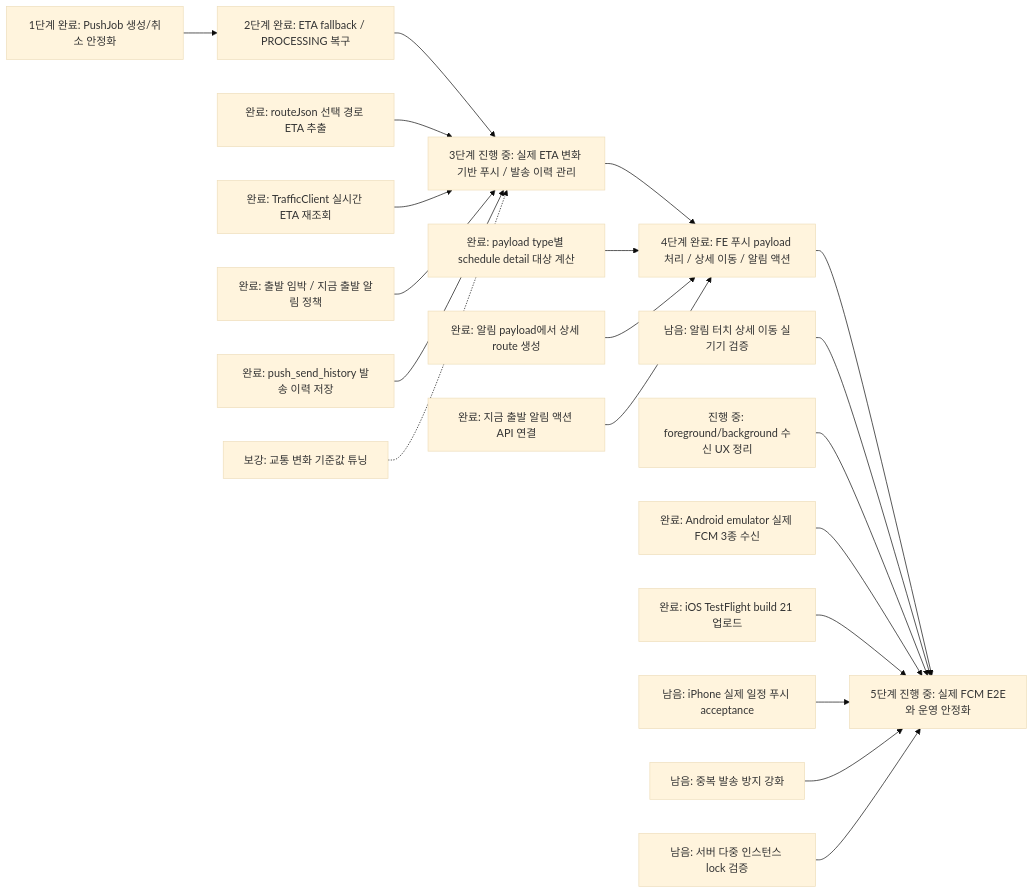
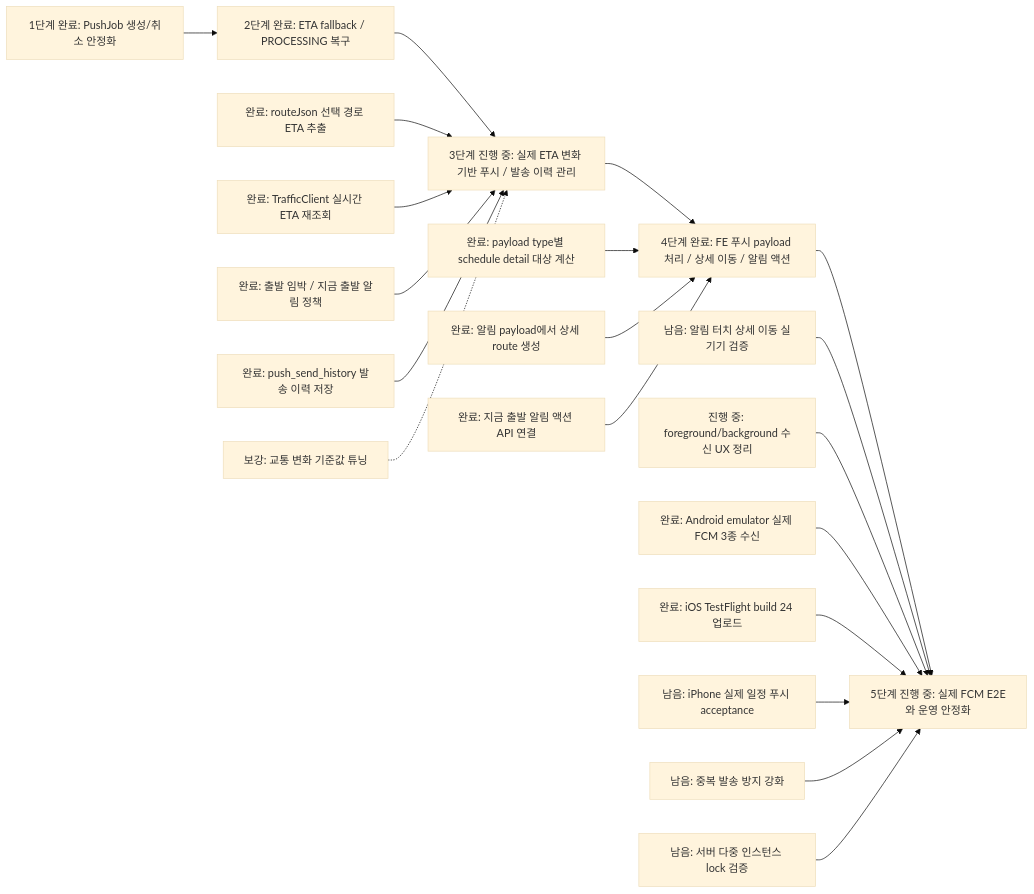
The fifth of 5 diagrams in docs/schedule-push-codex-handoff.md (NoLate-Project/NoLate_BE), drawn with Mermaid (base theme) before and after one commit. The commit also changed other lines of this file and 4 other files, not shown here.

Commit message:
docs: update push roadmap status

````diff
--- a/docs/schedule-push-codex-handoff.md
+++ b/docs/schedule-push-codex-handoff.md
@@ -294,25 +295,25 @@
 ```mermaid
 flowchart LR
   A["1단계 완료: PushJob 생성/취소 안정화"] --> B["2단계 완료: ETA fallback / PROCESSING 복구"]
   B --> C["3단계 진행 중: 실제 ETA 변화 기반 푸시 / 발송 이력 관리"]
   C --> D["4단계 완료: FE 푸시 payload 처리 / 상세 이동 / 알림 액션"]
   D --> E["5단계 진행 중: 실제 FCM E2E와 운영 안정화"]
 
   C1["완료: routeJson 선택 경로 ETA 추출"] --> C
   C2["완료: TrafficClient 실시간 ETA 재조회"] --> C
   C3["완료: 출발 임박 / 지금 출발 알림 정책"] --> C
   C5["완료: push_send_history 발송 이력 저장"] --> C
   C4["보강: 교통 변화 기준값 튜닝"] -.-> C
 
   D1["완료: payload type별 schedule detail 대상 계산"] --> D
   D5["완료: 알림 payload에서 상세 route 생성"] --> D
   D2["완료: 지금 출발 알림 액션 API 연결"] --> D
   D3["남음: 알림 터치 상세 이동 실기기 검증"] --> E
   D4["진행 중: foreground/background 수신 UX 정리"] --> E
 
   E1["완료: Android emulator 실제 FCM 3종 수신"] --> E
-  E2["완료: iOS TestFlight build 21 업로드"] --> E
+  E2["완료: iOS TestFlight build 24 업로드"] --> E
   E3["남음: iPhone 실제 일정 푸시 acceptance"] --> E
   E4["남음: 중복 발송 방지 강화"] --> E
   E5["남음: 서버 다중 인스턴스 lock 검증"] --> E
 ```
````
